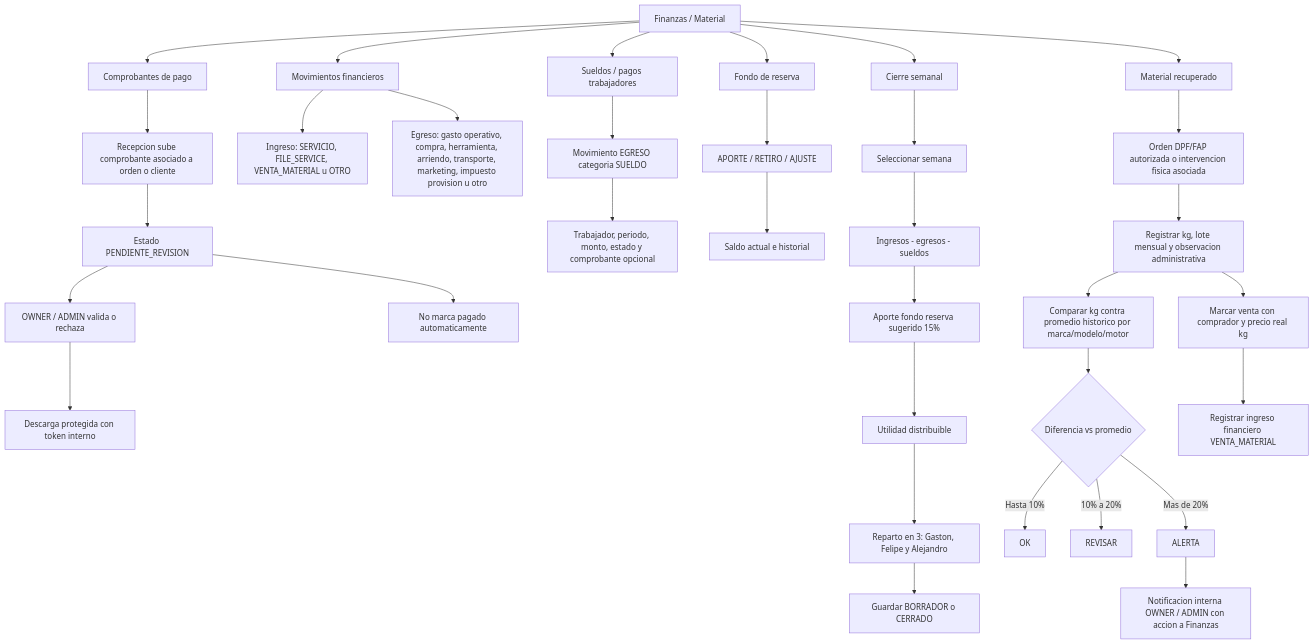
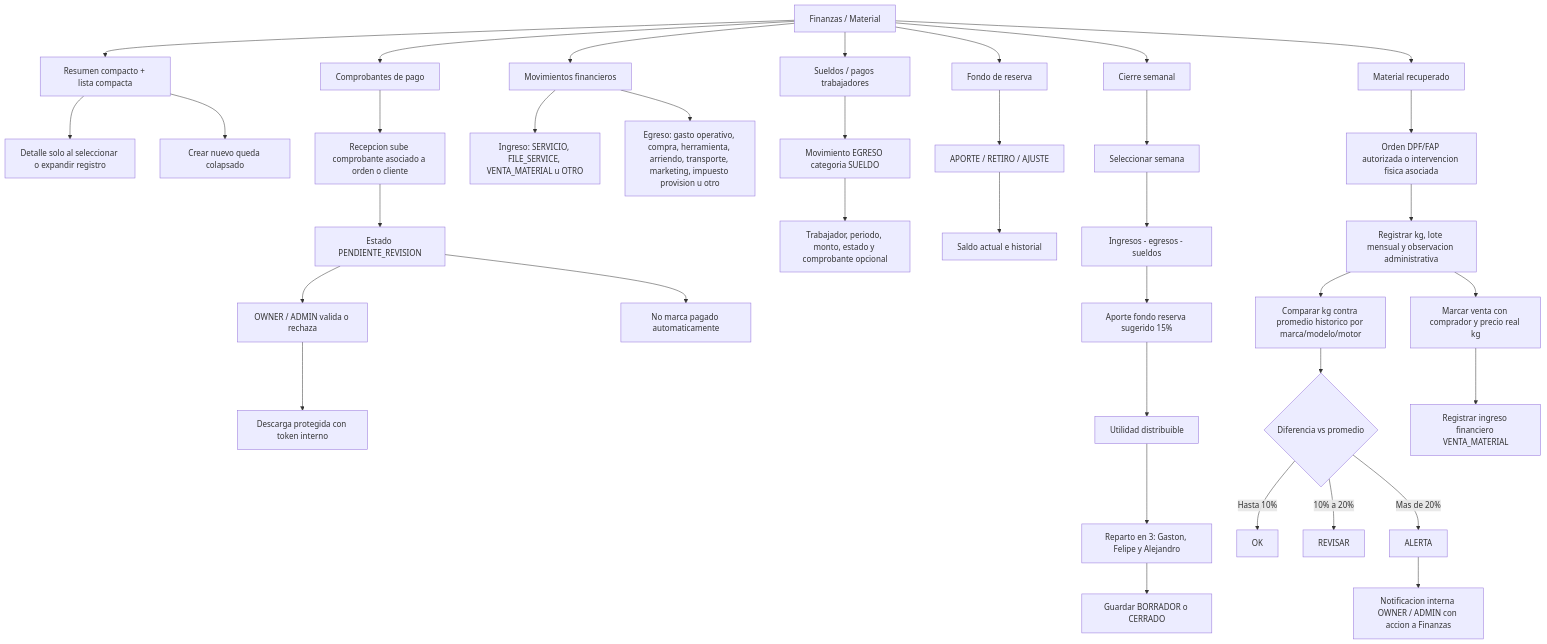
One commit to gastonmunoz-glitch/gmtch-tune changed diagram 12 of 16 in docs/DIAGRAMA_FLUJO_GMTCH_TUNE_OS.md. Above: the diagram before and after it, drawn with Mermaid. The commit also changed other lines of this file and 5 other files, not shown here.

````diff
--- a/docs/DIAGRAMA_FLUJO_GMTCH_TUNE_OS.md
+++ b/docs/DIAGRAMA_FLUJO_GMTCH_TUNE_OS.md
@@ -240,41 +245,44 @@
 ```mermaid
 flowchart TD
-  A["Finanzas / Material"] --> B["Comprobantes de pago"]
+  A["Finanzas / Material"] --> UX["Resumen compacto + lista compacta"]
+  UX --> UX2["Detalle solo al seleccionar o expandir registro"]
+  UX --> UX3["Crear nuevo queda colapsado"]
+  A --> B["Comprobantes de pago"]
   A --> C["Movimientos financieros"]
   A --> D["Sueldos / pagos trabajadores"]
   A --> E["Fondo de reserva"]
   A --> F["Cierre semanal"]
   A --> G["Material recuperado"]
 
   B --> B1["Recepcion sube comprobante asociado a orden o cliente"]
   B1 --> B2["Estado PENDIENTE_REVISION"]
   B2 --> B3["OWNER / ADMIN valida o rechaza"]
   B3 --> B4["Descarga protegida con token interno"]
   B2 --> B5["No marca pagado automaticamente"]
 
   C --> C1["Ingreso: SERVICIO, FILE_SERVICE, VENTA_MATERIAL u OTRO"]
   C --> C2["Egreso: gasto operativo, compra, herramienta, arriendo, transporte, marketing, impuesto provision u otro"]
   D --> D1["Movimiento EGRESO categoria SUELDO"]
   D1 --> D2["Trabajador, periodo, monto, estado y comprobante opcional"]
 
   E --> E1["APORTE / RETIRO / AJUSTE"]
   E1 --> E2["Saldo actual e historial"]
 
   F --> F1["Seleccionar semana"]
   F1 --> F2["Ingresos - egresos - sueldos"]
   F2 --> F3["Aporte fondo reserva sugerido 15%"]
   F3 --> F4["Utilidad distribuible"]
   F4 --> F5["Reparto en 3: Gaston, Felipe y Alejandro"]
   F5 --> F6["Guardar BORRADOR o CERRADO"]
 
   G --> G1["Orden DPF/FAP autorizada o intervencion fisica asociada"]
   G1 --> G2["Registrar kg, lote mensual y observacion administrativa"]
   G2 --> G3["Comparar kg contra promedio historico por marca/modelo/motor"]
   G3 --> G4{"Diferencia vs promedio"}
   G4 -->|Hasta 10%| G5["OK"]
   G4 -->|10% a 20%| G6["REVISAR"]
   G4 -->|Mas de 20%| G7["ALERTA"]
   G7 --> G8["Notificacion interna OWNER / ADMIN con accion a Finanzas"]
   G2 --> G9["Marcar venta con comprador y precio real kg"]
   G9 --> G10["Registrar ingreso financiero VENTA_MATERIAL"]
 ```
````
